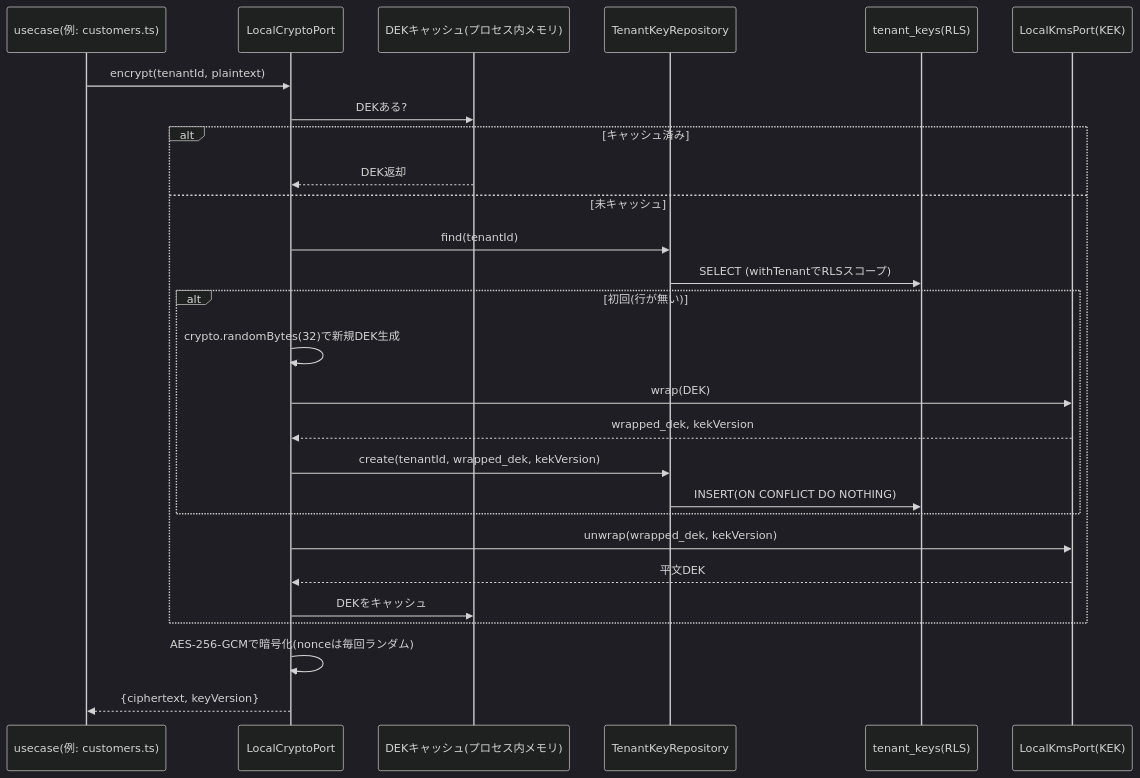
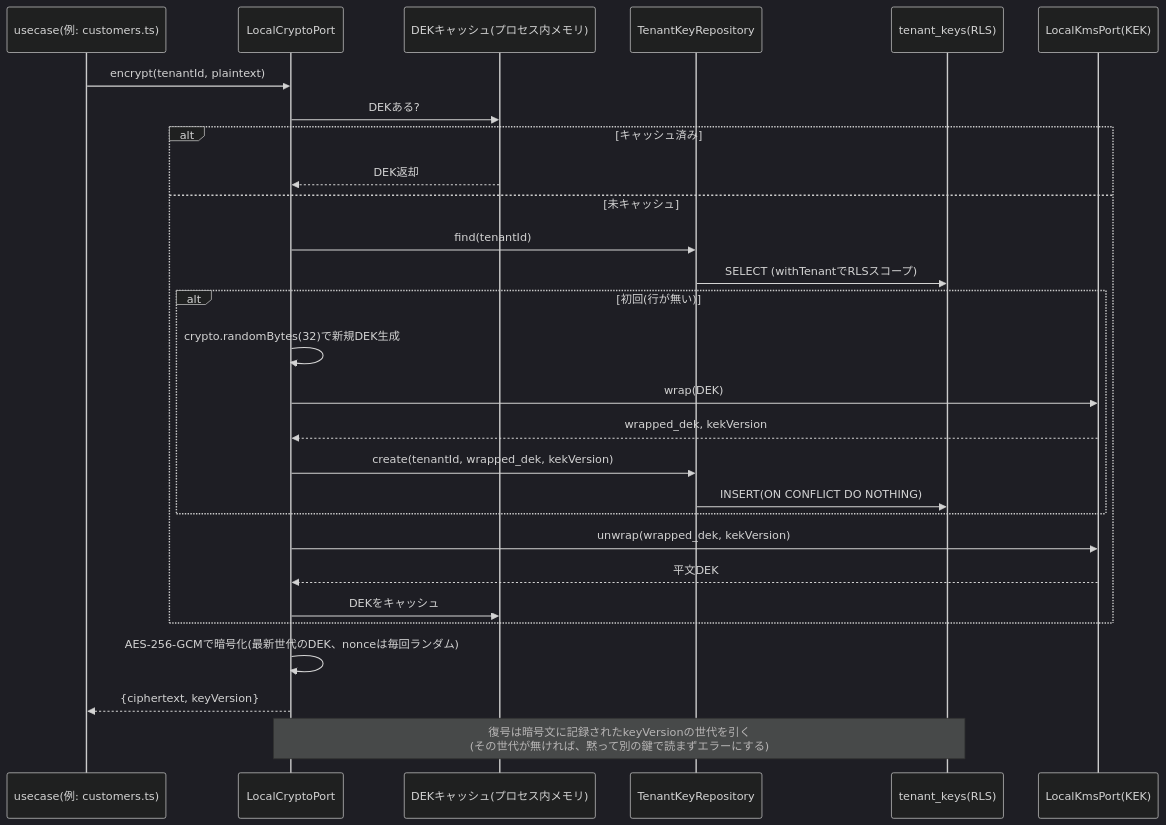
One commit to ohru131/katahimo-app changed the third of 3 diagrams in doc/09_データベース構造解説.md. Above: the diagram before and after it, drawn with Mermaid (dark theme). The commit also changed other lines of this file and 92 other files, not shown here.

````diff
--- a/doc/09_データベース構造解説.md
+++ b/doc/09_データベース構造解説.md
@@ -244,30 +279,31 @@
 ```mermaid
 sequenceDiagram
     participant UC as usecase(例: customers.ts)
     participant CP as LocalCryptoPort
     participant Cache as DEKキャッシュ(プロセス内メモリ)
     participant Repo as TenantKeyRepository
     participant DB as tenant_keys(RLS)
     participant KMS as LocalKmsPort(KEK)
 
     UC->>CP: encrypt(tenantId, plaintext)
     CP->>Cache: DEKある?
     alt キャッシュ済み
         Cache-->>CP: DEK返却
     else 未キャッシュ
         CP->>Repo: find(tenantId)
         Repo->>DB: SELECT (withTenantでRLSスコープ)
         alt 初回(行が無い)
             CP->>CP: crypto.randomBytes(32)で新規DEK生成
             CP->>KMS: wrap(DEK)
             KMS-->>CP: wrapped_dek, kekVersion
             CP->>Repo: create(tenantId, wrapped_dek, kekVersion)
             Repo->>DB: INSERT(ON CONFLICT DO NOTHING)
         end
         CP->>KMS: unwrap(wrapped_dek, kekVersion)
         KMS-->>CP: 平文DEK
         CP->>Cache: DEKをキャッシュ
     end
-    CP->>CP: AES-256-GCMで暗号化(nonceは毎回ランダム)
+    CP->>CP: AES-256-GCMで暗号化(最新世代のDEK、nonceは毎回ランダム)
     CP-->>UC: {ciphertext, keyVersion}
+    Note over CP,DB: 復号は暗号文に記録されたkeyVersionの世代を引く<br/>(その世代が無ければ、黙って別の鍵で読まずエラーにする)
 ```
````
